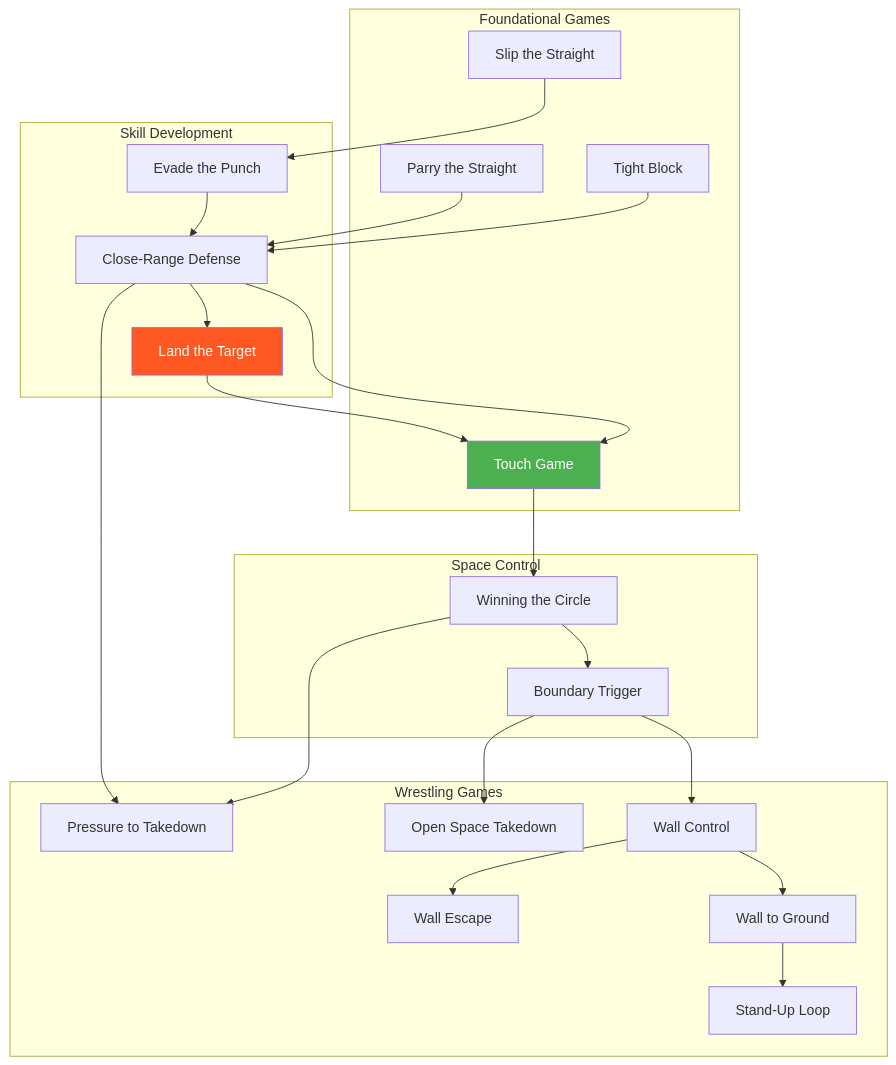
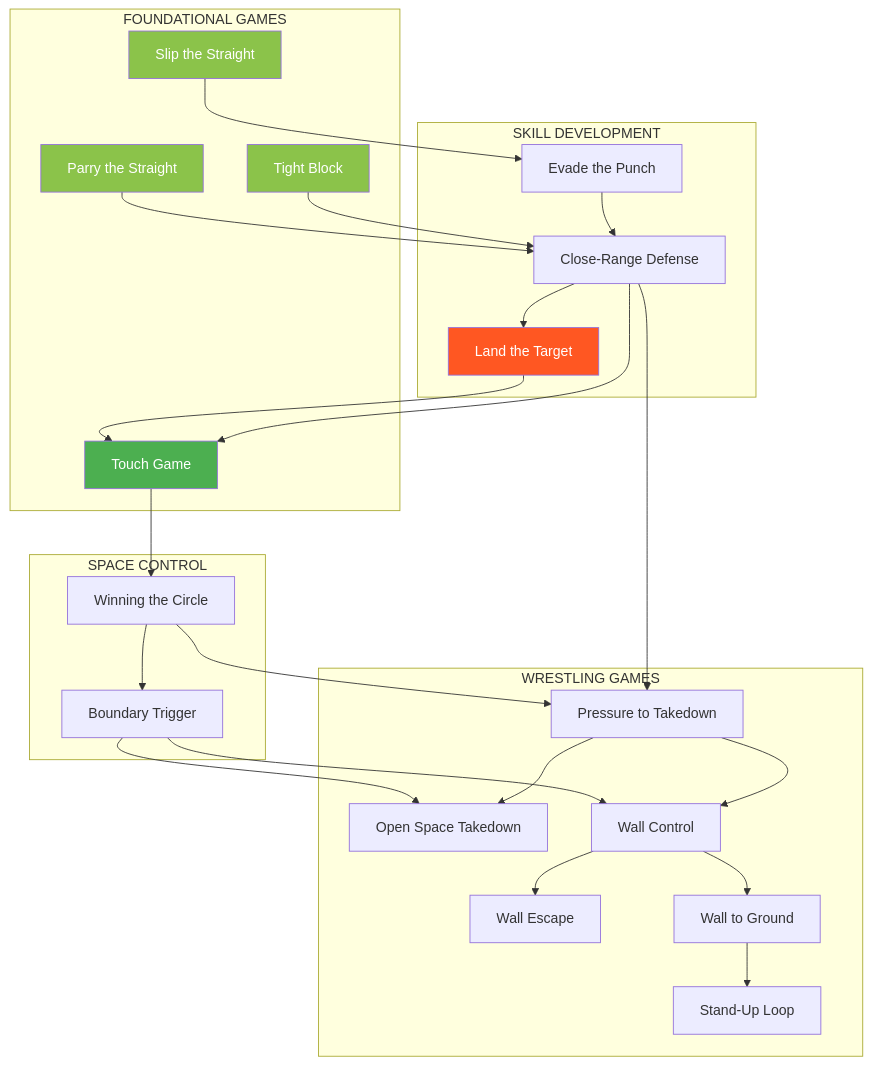
One commit to ACalienes/Ecological-MMA-Game-System changed the first of 7 diagrams in docs/reference/prerequisites.md. Above: the diagram before and after it, drawn with Mermaid. The commit also changed other lines of this file and 6 other files, not shown here.

````diff
--- a/docs/reference/prerequisites.md
+++ b/docs/reference/prerequisites.md
@@ -9,55 +9,65 @@
 ```mermaid
 flowchart TD
-    subgraph Foundations["Foundational Games"]
-        T[Touch Game]
+    subgraph FOUNDATIONS["FOUNDATIONAL GAMES"]
+        TG[Touch Game]
         P[Parry the Straight]
         TB[Tight Block]
         SS[Slip the Straight]
     end
 
-    subgraph SkillDev["Skill Development"]
+    subgraph SKILL_DEV["SKILL DEVELOPMENT"]
         EP[Evade the Punch]
         CRD[Close-Range Defense]
         LT[Land the Target]
     end
 
-    subgraph SpaceControl["Space Control"]
+    subgraph SPACE["SPACE CONTROL"]
         WC[Winning the Circle]
         BT[Boundary Trigger]
     end
 
-    subgraph Wrestling["Wrestling Games"]
+    subgraph WRESTLING["WRESTLING GAMES"]
         PTT[Pressure to Takedown]
         OST[Open Space Takedown]
         WCon[Wall Control]
         WE[Wall Escape]
         WG[Wall to Ground]
         SUL[Stand-Up Loop]
     end
 
-    %% Connections
+    %% Skill Isolation flows
     P --> CRD
     TB --> CRD
     SS --> EP
     EP --> CRD
 
-    T --> WC
+    %% Offensive/Defensive convergence
+    CRD --> LT
+    LT --> TG
+    CRD --> TG
+
+    %% Space control
+    TG --> WC
     WC --> BT
 
-    CRD --> LT
-    LT --> T
-    CRD --> T
-
+    %% Wrestling integration
     CRD --> PTT
     WC --> PTT
 
+    %% Environment games
     BT --> OST
     BT --> WCon
+    PTT --> OST
+    PTT --> WCon
 
+    %% Wall progression
     WCon --> WE
     WCon --> WG
     WG --> SUL
 
-    style T fill:#4CAF50,color:#fff
+    style TG fill:#4CAF50,color:#fff
+    style P fill:#8BC34A,color:#fff
+    style TB fill:#8BC34A,color:#fff
+    style SS fill:#8BC34A,color:#fff
     style LT fill:#FF5722,color:#fff
 ```
````
